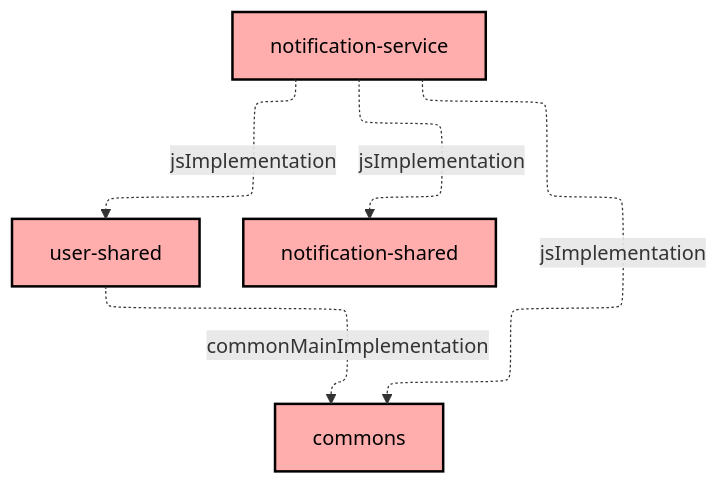
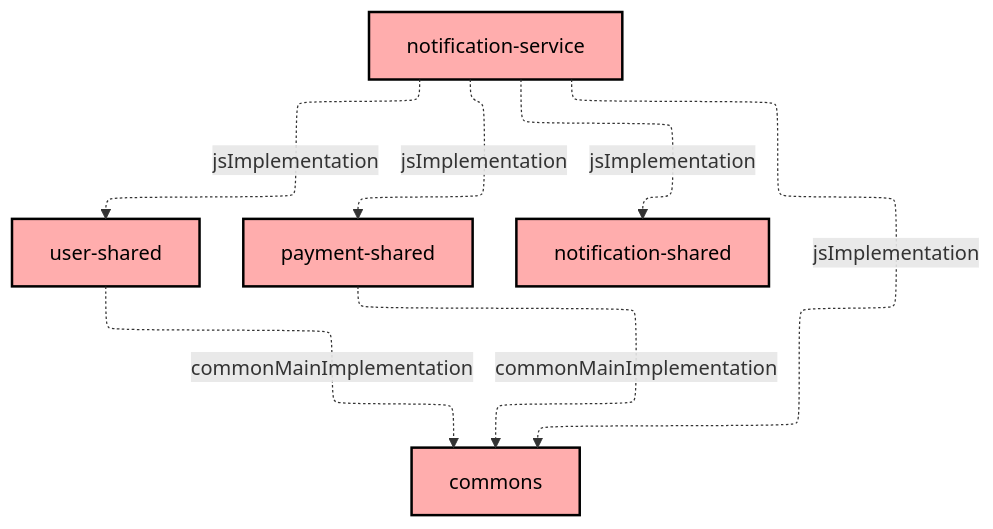
One commit to Norby99/munchies changed the diagram in notification-service/README.md. Above: the diagram before and after it, drawn with Mermaid. The commit also changed 8 other files, not shown here.

Commit message:
feat(notification): notification-service consumes Kafka topics and prints them

````diff
--- a/notification-service/README.md
+++ b/notification-service/README.md
@@ -6,20 +6,23 @@
 ```mermaid
 ---
 config:
   layout: elk
   elk:
     nodePlacementStrategy: SIMPLE
 ---
 graph TB
   :user-shared[user-shared]:::unknown
+  :payment-shared[payment-shared]:::unknown
   :notification-shared[notification-shared]:::unknown
   :notification-service[notification-service]:::unknown
   :commons[commons]:::unknown
 
   :notification-service -.->|jsImplementation| :commons
   :notification-service -.->|jsImplementation| :notification-shared
+  :notification-service -.->|jsImplementation| :payment-shared
   :notification-service -.->|jsImplementation| :user-shared
+  :payment-shared -.->|commonMainImplementation| :commons
   :user-shared -.->|commonMainImplementation| :commons
 
 classDef unknown fill:#FFADAD,stroke:#000,stroke-width:2px,color:#000;
 ```
````
